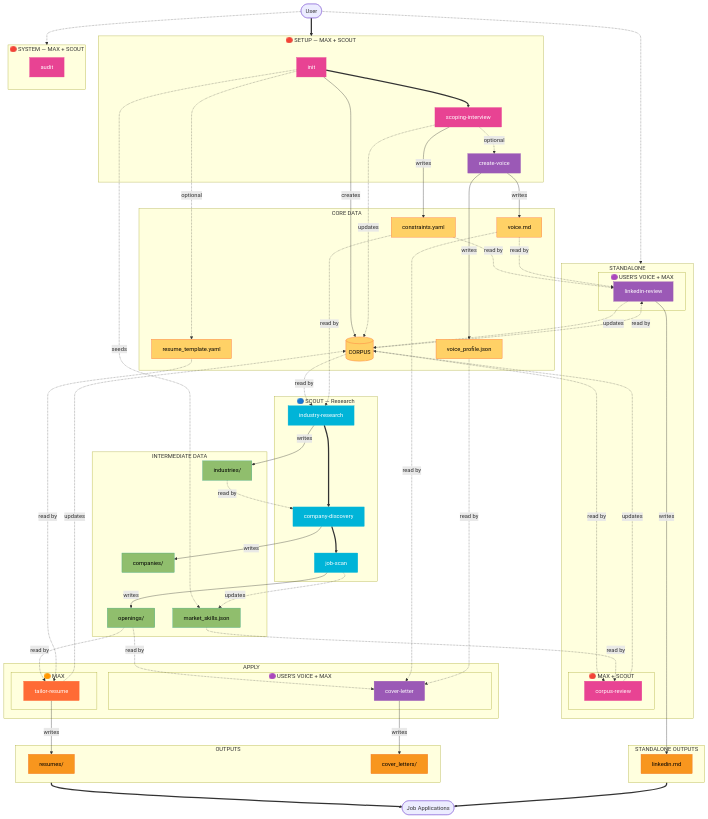
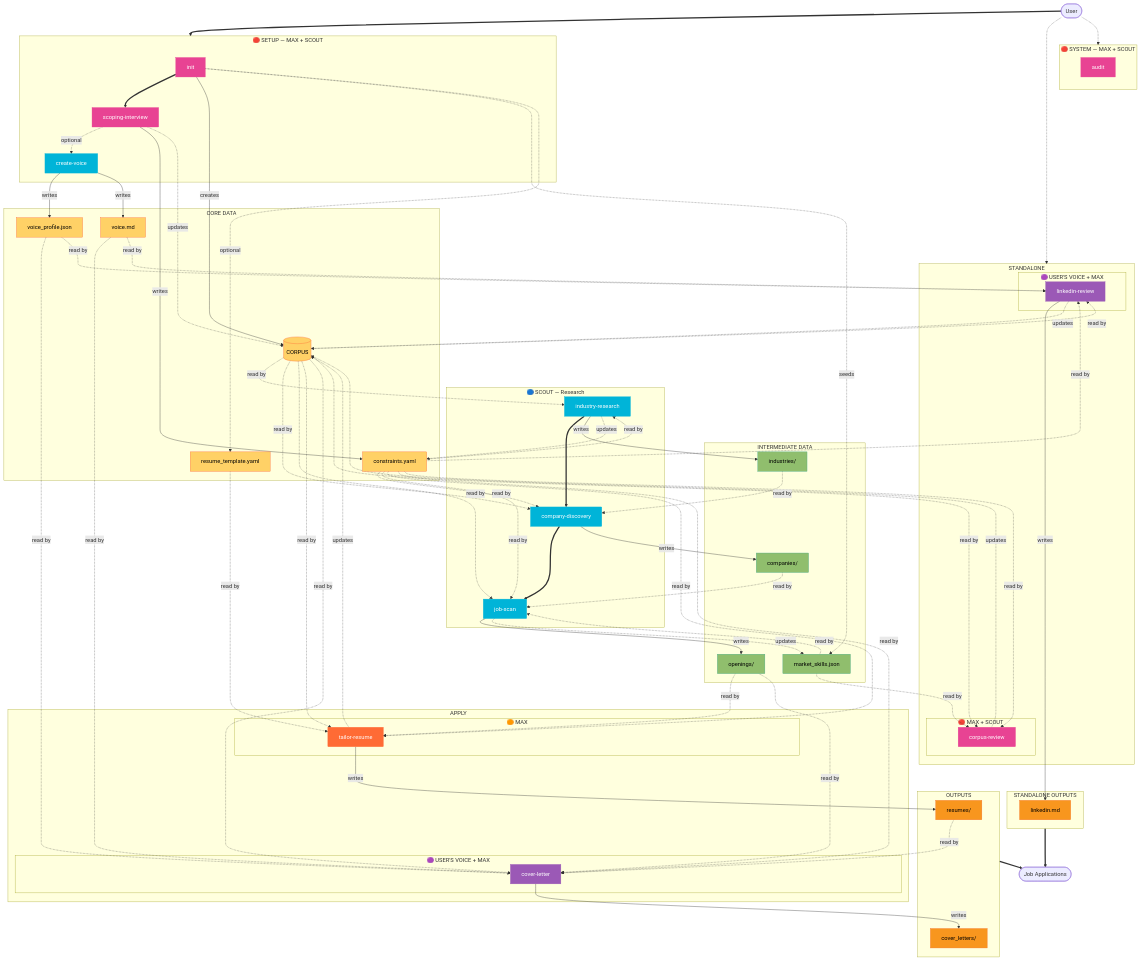
One commit to shindo107/job-coach-and-scout changed the diagram in README.md. Above: the diagram before and after it, drawn with Mermaid. The commit also changed 1 other file, not shown here.

Commit message:
fix: Correct diagram data flows and agent styling
- Fix dualStyle color mismatch: schema now matches diagram CSS (#e84393)
- Fix create_voice styling: scoutStyle (teal) since Scout runs it
- Add 13 missing read arrows for CORPUS, constraints, and intermediates
- Add industry → constraints update arrow
- Add constraints? to create_voice reads in schema
- Sync README diagram with architecture file

```diff
--- a/README.md
+++ b/README.md
@@ -315,19 +315,31 @@
 
     %% ===== FLOW: Research reads CORE, writes INTERMEDIATE =====
     CORPUS -.->|read by| industry
+    CORPUS -.->|read by| company
+    CORPUS -.->|read by| jobscan
     constraints -.->|read by| industry
+    constraints -.->|read by| company
+    constraints -.->|read by| jobscan
     industry -->|writes| industries
+    industry -.->|updates| constraints
     industries -.->|read by| company
     company -->|writes| companies
+    companies -.->|read by| jobscan
+    market_skills -.->|read by| jobscan
     jobscan -->|writes| openings
     jobscan -.->|updates| market_skills
 
     %% ===== FLOW: Apply reads CORE + INTERMEDIATE, writes OUTPUTS =====
+    CORPUS -.->|read by| tailor
+    CORPUS -.->|read by| cover
+    constraints -.->|read by| tailor
+    constraints -.->|read by| cover
     openings -.->|read by| tailor
     openings -.->|read by| cover
     resume_template -.->|read by| tailor
     voice_agent -.->|read by| cover
     voice_profile -.->|read by| cover
+    resumes -.->|read by| cover
     tailor -->|writes| resumes
     tailor -.->|updates| CORPUS
     cover -->|writes| coverletters
@@ -337,10 +349,12 @@
     USER -.-> SYSTEM
     CORPUS -.->|read by| corpus_rev
     market_skills -.->|read by| corpus_rev
+    constraints -.->|read by| corpus_rev
     corpus_rev -.->|updates| CORPUS
     CORPUS -.->|read by| linkedin
     constraints -.->|read by| linkedin
     voice_agent -.->|read by| linkedin
+    voice_profile -.->|read by| linkedin
     linkedin -->|writes| linkedinmd
     linkedin -.->|updates| CORPUS
 
@@ -351,8 +365,8 @@
     %% ===== APPLY STYLES =====
     class tailor maxStyle
     class init,scoping,audit,corpus_rev dualStyle
-    class industry,company,jobscan scoutStyle
-    class cover,linkedin,create_voice voiceStyle
+    class industry,company,jobscan,create_voice scoutStyle
+    class cover,linkedin voiceStyle
     class CORPUS,constraints,voice_profile,voice_agent,resume_template coreData
     class market_skills,industries,companies,openings intermediateData
     class resumes,coverletters,linkedinmd outputData
```
